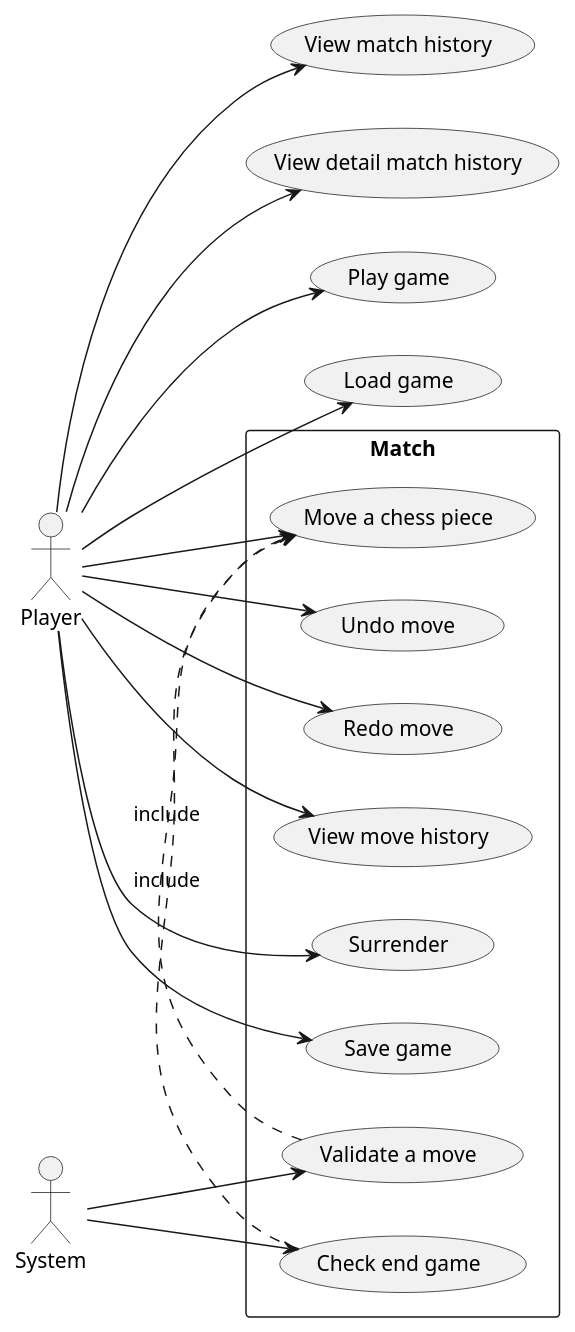
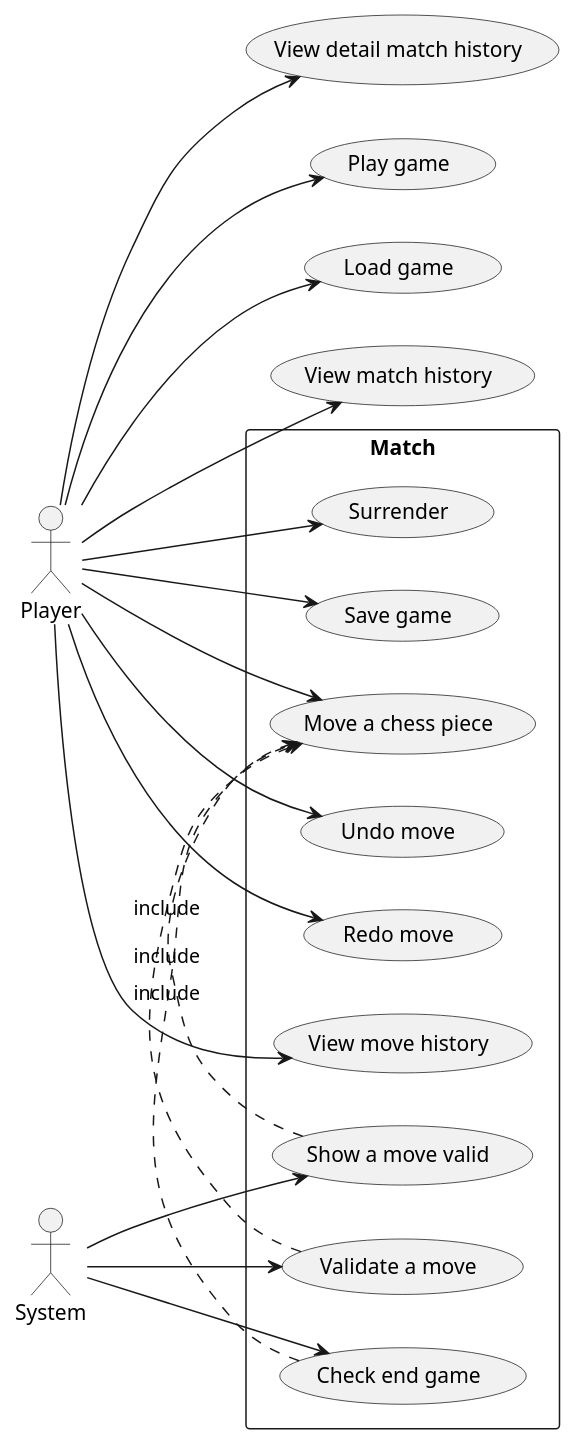
The diagram in use-case-diagram.puml (duyhq-zee1/chess-game), drawn with PlantUML before and after one commit.

Commit message:
update usecase, add new usecase

```diff
--- a/use-case-diagram.puml
+++ b/use-case-diagram.puml
@@ -1,42 +1,45 @@
 @startuml "Use case"
 left to right direction
 
 actor Player
 
 actor System
 
 rectangle Match {
   
   usecase "Undo move" as undoMove
   usecase "Redo move" as redoMove
   usecase "View move history" as viewMoveHistory
   usecase "Check end game" as checkEndGame
   usecase "Validate a move" as validateAMove
+  usecase "Show a move valid" as showAMoveValid
   usecase "Surrender" as surrender
   usecase "Save game" as saveGame
   usecase "Move a chess piece" as moveAChess
 
   Player --> undoMove
   Player --> redoMove
   Player --> viewMoveHistory
   System --> checkEndGame
   System --> validateAMove
+  System --> showAMoveValid
   Player --> surrender
   Player --> saveGame
   Player --> moveAChess
   
   (validateAMove) .> (moveAChess) : include
   (checkEndGame) .> (moveAChess) : include
+  (showAMoveValid) .> (moveAChess) : include
 }
 
 usecase "Play game" as playGame
 usecase "Load game" as loadGame
 usecase "View match history" as viewMatchHistory
 usecase "View detail match history" as viewDetailMatchHistory
 
 Player --> playGame
 Player --> loadGame
 Player --> viewMatchHistory
 Player --> viewDetailMatchHistory
 
 @enduml
```
